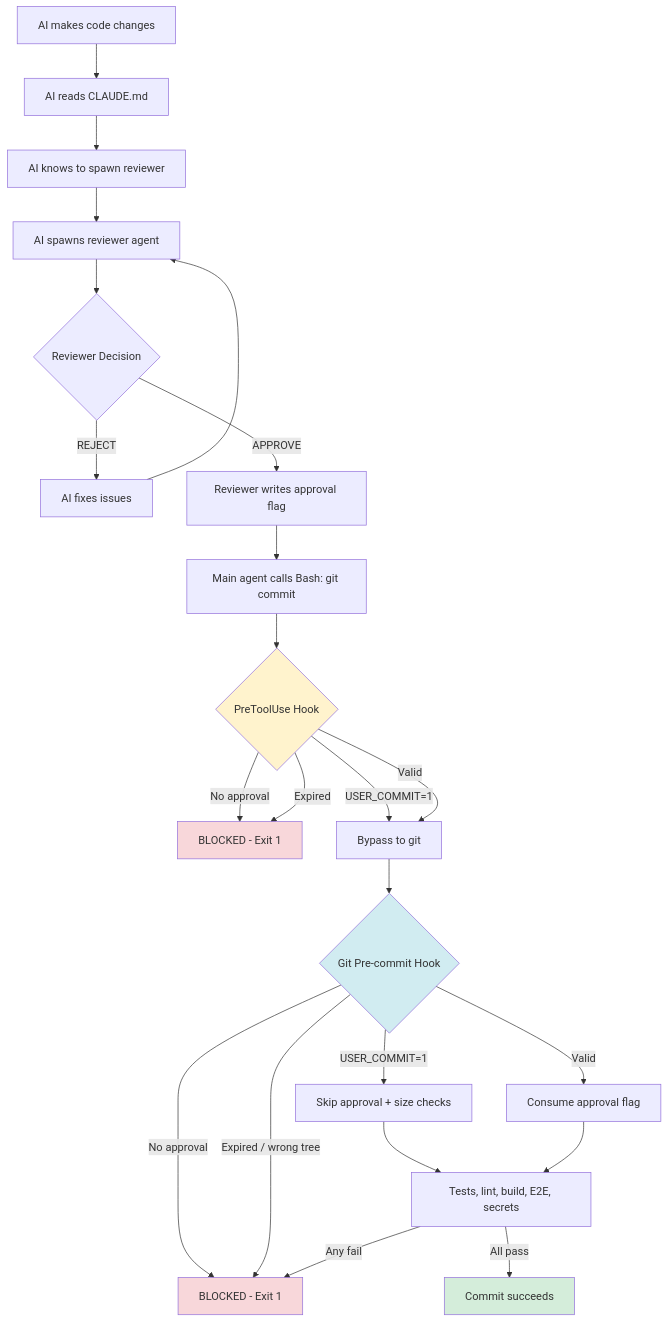
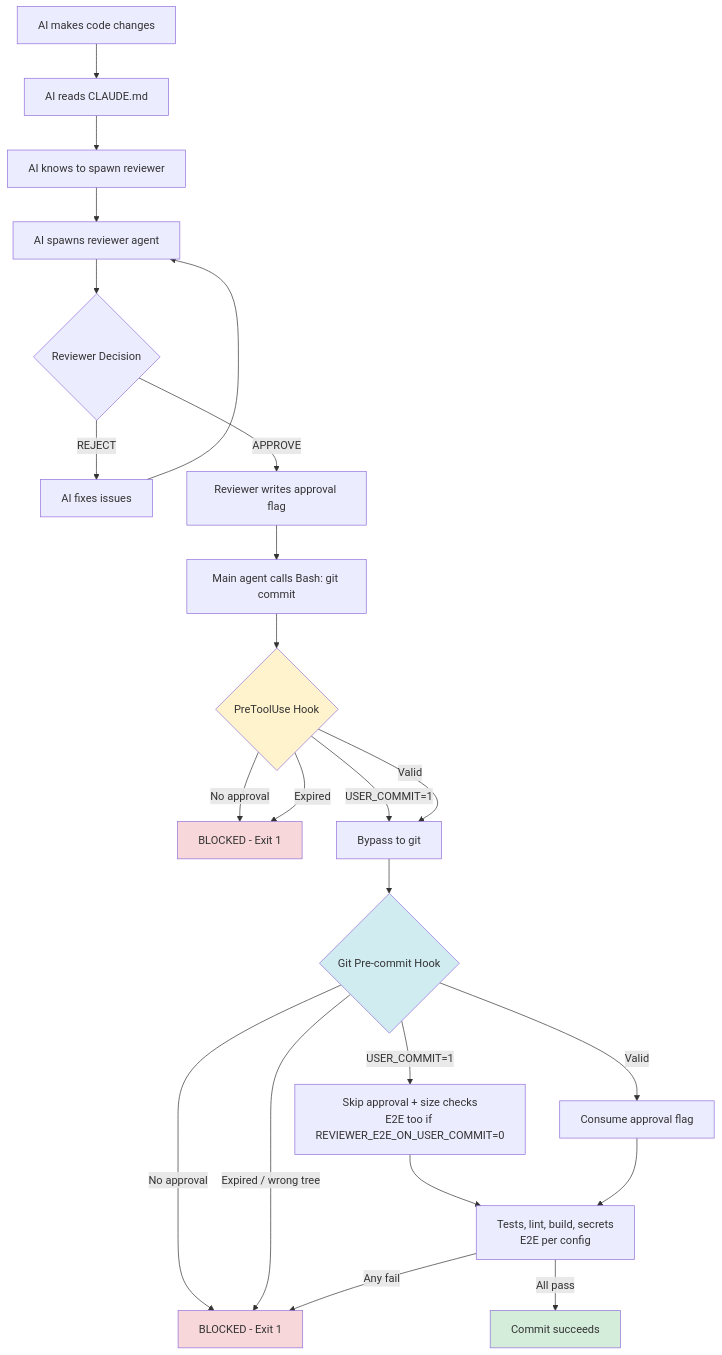
Before and after one commit to jazzsequence/jazz-nextjs: the diagram in docs/REVIEWER_WORKFLOW.md, drawn with Mermaid. The commit also changed 4 other files, not shown here.

````diff
--- a/docs/REVIEWER_WORKFLOW.md
+++ b/docs/REVIEWER_WORKFLOW.md
@@ -202,31 +202,31 @@
 ```mermaid
 graph TD
     A[AI makes code changes] --> B[AI reads CLAUDE.md]
     B --> C[AI knows to spawn reviewer]
     C --> D[AI spawns reviewer agent]
     D --> E{Reviewer Decision}
     E -->|REJECT| F[AI fixes issues]
     F --> D
     E -->|APPROVE| G[Reviewer writes approval flag]
     G --> H[Main agent calls Bash: git commit]
     H --> I{PreToolUse Hook}
     I -->|No approval| J[BLOCKED - Exit 1]
     I -->|Expired| J
     I -->|USER_COMMIT=1| K[Bypass to git]
     I -->|Valid| K
     K --> L{Git Pre-commit Hook}
     L -->|No approval| M[BLOCKED - Exit 1]
     L -->|Expired / wrong tree| M
-    L -->|USER_COMMIT=1| N[Skip approval + size checks]
+    L -->|USER_COMMIT=1| N[Skip approval + size checks<br/>E2E too if REVIEWER_E2E_ON_USER_COMMIT=0]
     L -->|Valid| O[Consume approval flag]
-    N --> Q[Tests, lint, build, E2E, secrets]
+    N --> Q[Tests, lint, build, secrets<br/>E2E per config]
     O --> Q
     Q -->|Any fail| M
     Q -->|All pass| P[Commit succeeds]
 
     style I fill:#fff3cd
     style L fill:#d1ecf1
     style J fill:#f8d7da
     style M fill:#f8d7da
     style P fill:#d4edda
 ```
````
